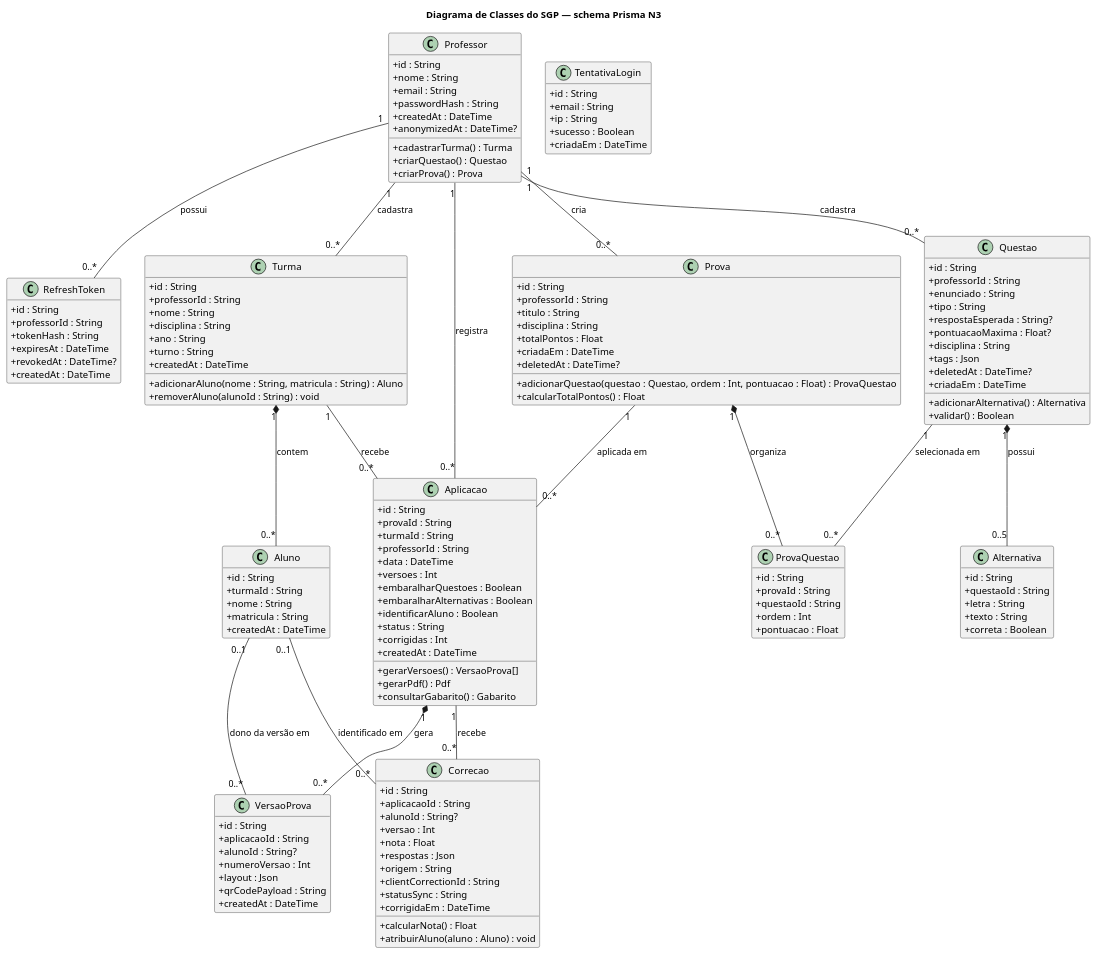
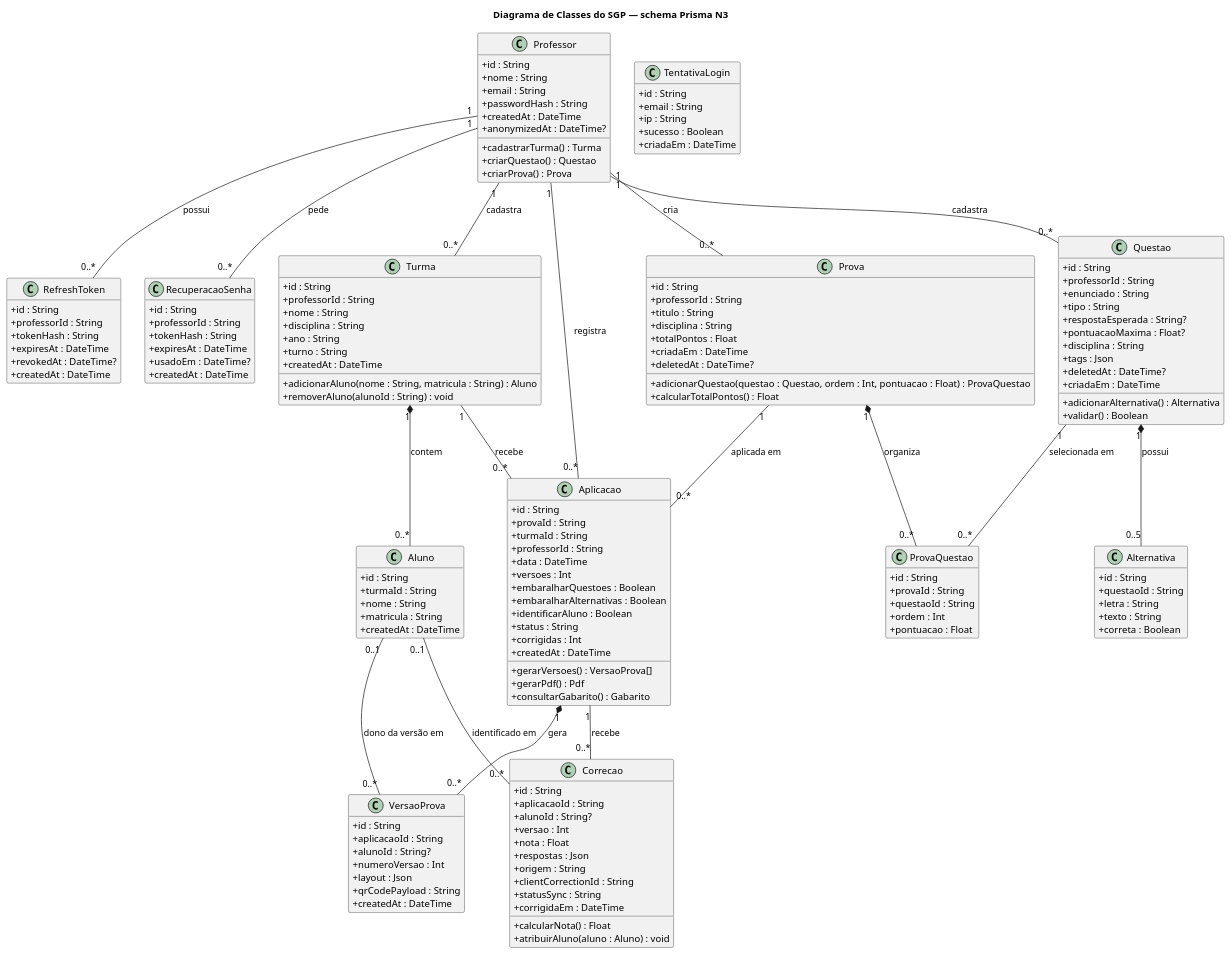
One commit to thiagomaes/sgp-provas changed the diagram in docs/uml/03-classe/classe.puml. Above: the diagram before and after it, drawn with PlantUML. The commit also changed 3 other files, not shown here.

```diff
--- a/docs/uml/03-classe/classe.puml
+++ b/docs/uml/03-classe/classe.puml
@@ -1,156 +1,166 @@
 @startuml
 title Diagrama de Classes do SGP — schema Prisma N3
 skinparam classAttributeIconSize 0
 hide empty members
 
 class Professor {
   +id : String
   +nome : String
   +email : String
   +passwordHash : String
   +createdAt : DateTime
   +anonymizedAt : DateTime?
   +cadastrarTurma() : Turma
   +criarQuestao() : Questao
   +criarProva() : Prova
 }
 
 class RefreshToken {
   +id : String
   +professorId : String
   +tokenHash : String
   +expiresAt : DateTime
   +revokedAt : DateTime?
+  +createdAt : DateTime
+}
+
+class RecuperacaoSenha {
+  +id : String
+  +professorId : String
+  +tokenHash : String
+  +expiresAt : DateTime
+  +usadoEm : DateTime?
   +createdAt : DateTime
 }
 
 class TentativaLogin {
   +id : String
   +email : String
   +ip : String
   +sucesso : Boolean
   +criadaEm : DateTime
 }
 
 class Turma {
   +id : String
   +professorId : String
   +nome : String
   +disciplina : String
   +ano : String
   +turno : String
   +createdAt : DateTime
   +adicionarAluno(nome : String, matricula : String) : Aluno
   +removerAluno(alunoId : String) : void
 }
 
 class Aluno {
   +id : String
   +turmaId : String
   +nome : String
   +matricula : String
   +createdAt : DateTime
 }
 
 class Questao {
   +id : String
   +professorId : String
   +enunciado : String
   +tipo : String
   +respostaEsperada : String?
   +pontuacaoMaxima : Float?
   +disciplina : String
   +tags : Json
   +deletedAt : DateTime?
   +criadaEm : DateTime
   +adicionarAlternativa() : Alternativa
   +validar() : Boolean
 }
 
 class Alternativa {
   +id : String
   +questaoId : String
   +letra : String
   +texto : String
   +correta : Boolean
 }
 
 class Prova {
   +id : String
   +professorId : String
   +titulo : String
   +disciplina : String
   +totalPontos : Float
   +criadaEm : DateTime
   +deletedAt : DateTime?
   +adicionarQuestao(questao : Questao, ordem : Int, pontuacao : Float) : ProvaQuestao
   +calcularTotalPontos() : Float
 }
 
 class ProvaQuestao {
   +id : String
   +provaId : String
   +questaoId : String
   +ordem : Int
   +pontuacao : Float
 }
 
 class Aplicacao {
   +id : String
   +provaId : String
   +turmaId : String
   +professorId : String
   +data : DateTime
   +versoes : Int
   +embaralharQuestoes : Boolean
   +embaralharAlternativas : Boolean
   +identificarAluno : Boolean
   +status : String
   +corrigidas : Int
   +createdAt : DateTime
   +gerarVersoes() : VersaoProva[]
   +gerarPdf() : Pdf
   +consultarGabarito() : Gabarito
 }
 
 class VersaoProva {
   +id : String
   +aplicacaoId : String
   +alunoId : String?
   +numeroVersao : Int
   +layout : Json
   +qrCodePayload : String
   +createdAt : DateTime
 }
 
 class Correcao {
   +id : String
   +aplicacaoId : String
   +alunoId : String?
   +versao : Int
   +nota : Float
   +respostas : Json
   +origem : String
   +clientCorrectionId : String
   +statusSync : String
   +corrigidaEm : DateTime
   +calcularNota() : Float
   +atribuirAluno(aluno : Aluno) : void
 }
 
 Professor "1" -- "0..*" RefreshToken : possui
+Professor "1" -- "0..*" RecuperacaoSenha : pede
 Professor "1" -- "0..*" Turma : cadastra
 Professor "1" -- "0..*" Questao : cadastra
 Professor "1" -- "0..*" Prova : cria
 Professor "1" -- "0..*" Aplicacao : registra
 Turma "1" *-- "0..*" Aluno : contem
 Turma "1" -- "0..*" Aplicacao : recebe
 Questao "1" *-- "0..5" Alternativa : possui
 Questao "1" -- "0..*" ProvaQuestao : selecionada em
 Prova "1" *-- "0..*" ProvaQuestao : organiza
 Prova "1" -- "0..*" Aplicacao : aplicada em
 Aplicacao "1" *-- "0..*" VersaoProva : gera
 Aplicacao "1" -- "0..*" Correcao : recebe
 Aluno "0..1" -- "0..*" Correcao : identificado em
 Aluno "0..1" -- "0..*" VersaoProva : dono da versão em
 @enduml
```
